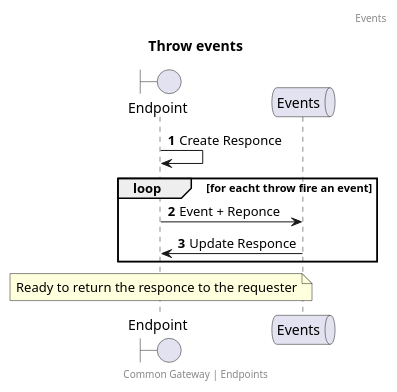
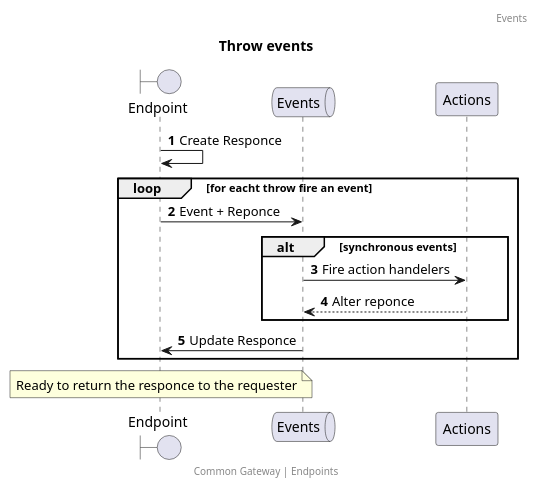
One commit to CommonGateway/CoreBundle changed the diagram in docs/features/request_throws.puml. Above: the diagram before and after it, drawn with PlantUML.

Commit message:
Added synchronus events

```diff
--- a/docs/features/request_throws.puml
+++ b/docs/features/request_throws.puml
@@ -1,17 +1,21 @@
 @startuml
 title: Throw events
 footer: Common Gateway | Endpoints
 header: Events
 
 autonumber
 
 boundary    Endpoint         as Endpoint
 queue       Events           as Events
 
 Endpoint -> Endpoint: Create Responce
 loop for eacht throw fire an event
 Endpoint -> Events: Event + Reponce
+alt synchronous events
+Events -> Actions: Fire action handelers
+Actions --> Events: Alter reponce
+end
 Events -> Endpoint: Update Responce
 end
 note over Endpoint: Ready to return the responce to the requester
 @enduml
```
